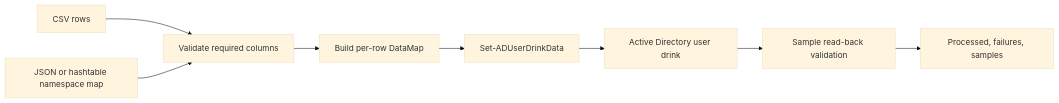
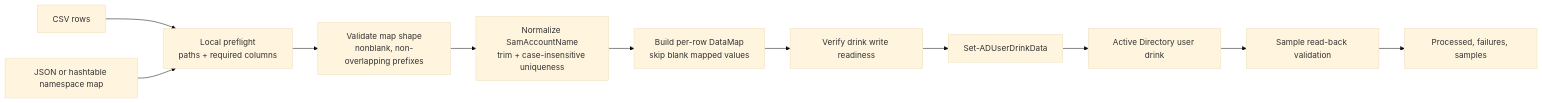
Before and after one commit to jonathanweinberg/DrunkenAD: the diagram in docs/diagrams/csv-ingestion-flow.mmd, drawn with Mermaid (base theme). The commit also changed 22 other files, not shown here.

```diff
--- a/docs/diagrams/csv-ingestion-flow.mmd
+++ b/docs/diagrams/csv-ingestion-flow.mmd
@@ -1,8 +1,11 @@
 flowchart LR
-    CSV["CSV rows"] --> VALIDATE["Validate required columns"]
-    MAP["JSON or hashtable namespace map"] --> VALIDATE
-    VALIDATE --> ROW["Build per-row DataMap"]
-    ROW --> WRITE["Set-ADUserDrinkData"]
+    CSV["CSV rows"] --> LOCAL["Local preflight<br/>paths + required columns"]
+    MAP["JSON or hashtable namespace map"] --> LOCAL
+    LOCAL --> OWNERSHIP["Validate map shape<br/>nonblank, non-overlapping prefixes"]
+    OWNERSHIP --> IDENTITIES["Normalize SamAccountName<br/>trim + case-insensitive uniqueness"]
+    IDENTITIES --> ROW["Build per-row DataMap<br/>skip blank mapped values"]
+    ROW --> READY["Verify drink write readiness"]
+    READY --> WRITE["Set-ADUserDrinkData"]
     WRITE --> AD["Active Directory user drink"]
     AD --> READBACK["Sample read-back validation"]
     READBACK --> REPORT["Processed, failures, samples"]
```
